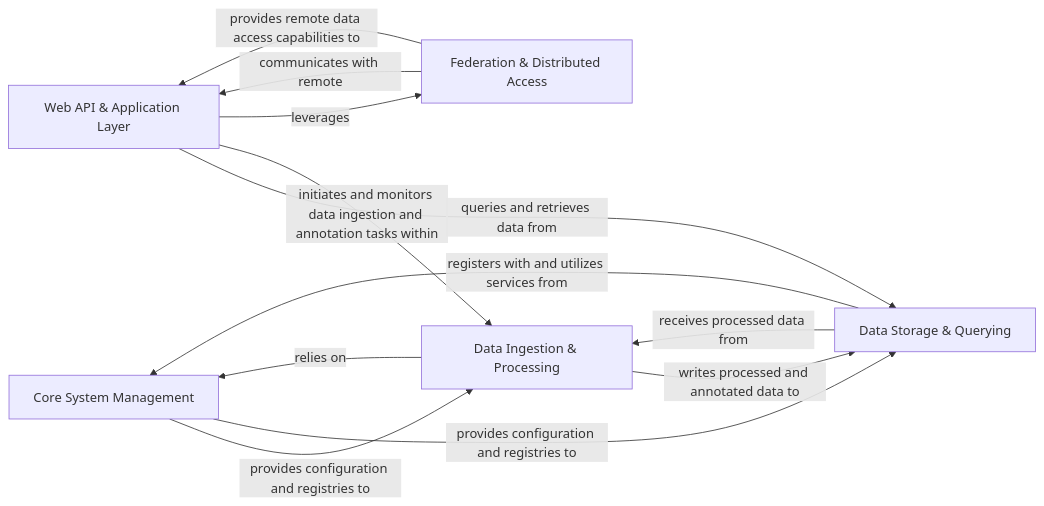
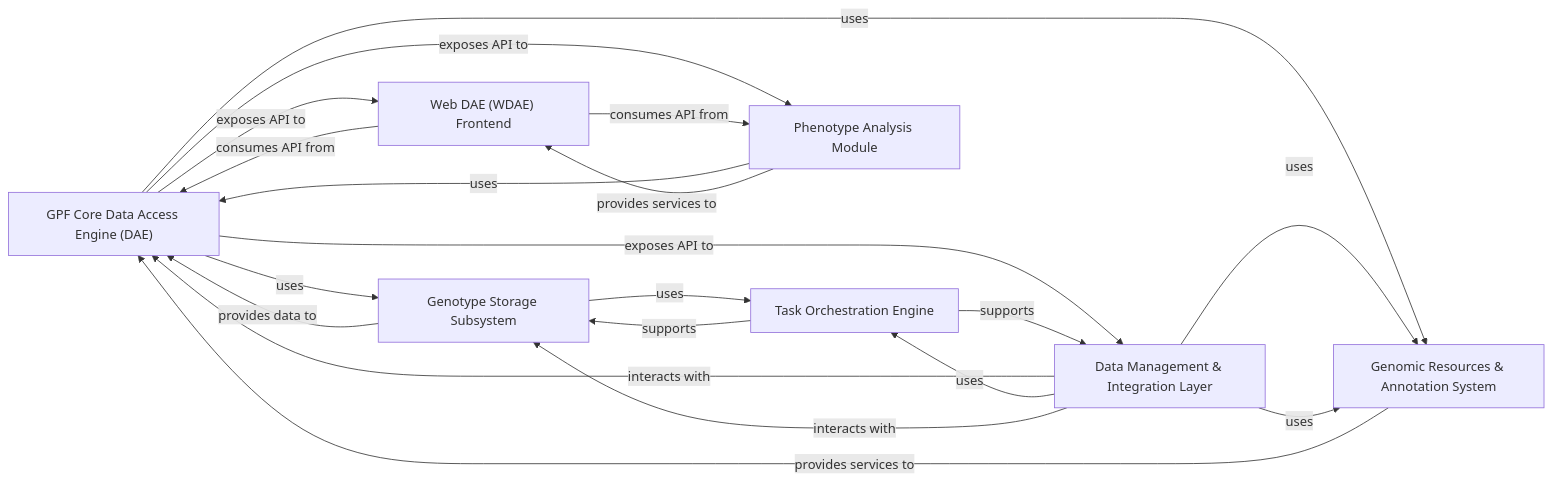
Before and after one commit to CodeBoarding/GeneratedOnBoardings: the diagram in gpf/on_boarding.md, drawn with Mermaid. The commit also changed other lines of this file, not shown here.

Commit message:
Uploading onboarding materials for gpf

````diff
--- a/gpf/on_boarding.md
+++ b/gpf/on_boarding.md
@@ -1,19 +1,29 @@
 ```mermaid
 graph LR
-    Core_System_Management["Core System Management"]
-    Data_Ingestion_Processing["Data Ingestion & Processing"]
-    Data_Storage_Querying["Data Storage & Querying"]
-    Web_API_Application_Layer["Web API & Application Layer"]
-    Federation_Distributed_Access["Federation & Distributed Access"]
-    Core_System_Management -- "provides configuration and registries to" --> Data_Ingestion_Processing
-    Core_System_Management -- "provides configuration and registries to" --> Data_Storage_Querying
-    Data_Ingestion_Processing -- "relies on" --> Core_System_Management
-    Data_Ingestion_Processing -- "writes processed and annotated data to" --> Data_Storage_Querying
-    Data_Storage_Querying -- "registers with and utilizes services from" --> Core_System_Management
-    Data_Storage_Querying -- "receives processed data from" --> Data_Ingestion_Processing
-    Web_API_Application_Layer -- "queries and retrieves data from" --> Data_Storage_Querying
-    Web_API_Application_Layer -- "initiates and monitors data ingestion and annotation tasks within" --> Data_Ingestion_Processing
-    Web_API_Application_Layer -- "leverages" --> Federation_Distributed_Access
-    Federation_Distributed_Access -- "communicates with remote" --> Web_API_Application_Layer
-    Federation_Distributed_Access -- "provides remote data access capabilities to" --> Web_API_Application_Layer
+    GPF_Core_Data_Access_Engine_DAE_["GPF Core Data Access Engine (DAE)"]
+    Genotype_Storage_Subsystem["Genotype Storage Subsystem"]
+    Genomic_Resources_Annotation_System["Genomic Resources & Annotation System"]
+    Web_DAE_WDAE_Frontend["Web DAE (WDAE) Frontend"]
+    Data_Management_Integration_Layer["Data Management & Integration Layer"]
+    Task_Orchestration_Engine["Task Orchestration Engine"]
+    Phenotype_Analysis_Module["Phenotype Analysis Module"]
+    GPF_Core_Data_Access_Engine_DAE_ -- "uses" --> Genotype_Storage_Subsystem
+    GPF_Core_Data_Access_Engine_DAE_ -- "uses" --> Genomic_Resources_Annotation_System
+    GPF_Core_Data_Access_Engine_DAE_ -- "exposes API to" --> Web_DAE_WDAE_Frontend
+    GPF_Core_Data_Access_Engine_DAE_ -- "exposes API to" --> Data_Management_Integration_Layer
+    GPF_Core_Data_Access_Engine_DAE_ -- "exposes API to" --> Phenotype_Analysis_Module
+    Genotype_Storage_Subsystem -- "provides data to" --> GPF_Core_Data_Access_Engine_DAE_
+    Genotype_Storage_Subsystem -- "uses" --> Task_Orchestration_Engine
+    Genomic_Resources_Annotation_System -- "provides services to" --> GPF_Core_Data_Access_Engine_DAE_
+    Data_Management_Integration_Layer -- "uses" --> Genomic_Resources_Annotation_System
+    Web_DAE_WDAE_Frontend -- "consumes API from" --> GPF_Core_Data_Access_Engine_DAE_
+    Web_DAE_WDAE_Frontend -- "consumes API from" --> Phenotype_Analysis_Module
+    Data_Management_Integration_Layer -- "interacts with" --> GPF_Core_Data_Access_Engine_DAE_
+    Data_Management_Integration_Layer -- "uses" --> Task_Orchestration_Engine
+    Data_Management_Integration_Layer -- "uses" --> Genomic_Resources_Annotation_System
+    Data_Management_Integration_Layer -- "interacts with" --> Genotype_Storage_Subsystem
+    Task_Orchestration_Engine -- "supports" --> Genotype_Storage_Subsystem
+    Task_Orchestration_Engine -- "supports" --> Data_Management_Integration_Layer
+    Phenotype_Analysis_Module -- "uses" --> GPF_Core_Data_Access_Engine_DAE_
+    Phenotype_Analysis_Module -- "provides services to" --> Web_DAE_WDAE_Frontend
 ```
````
